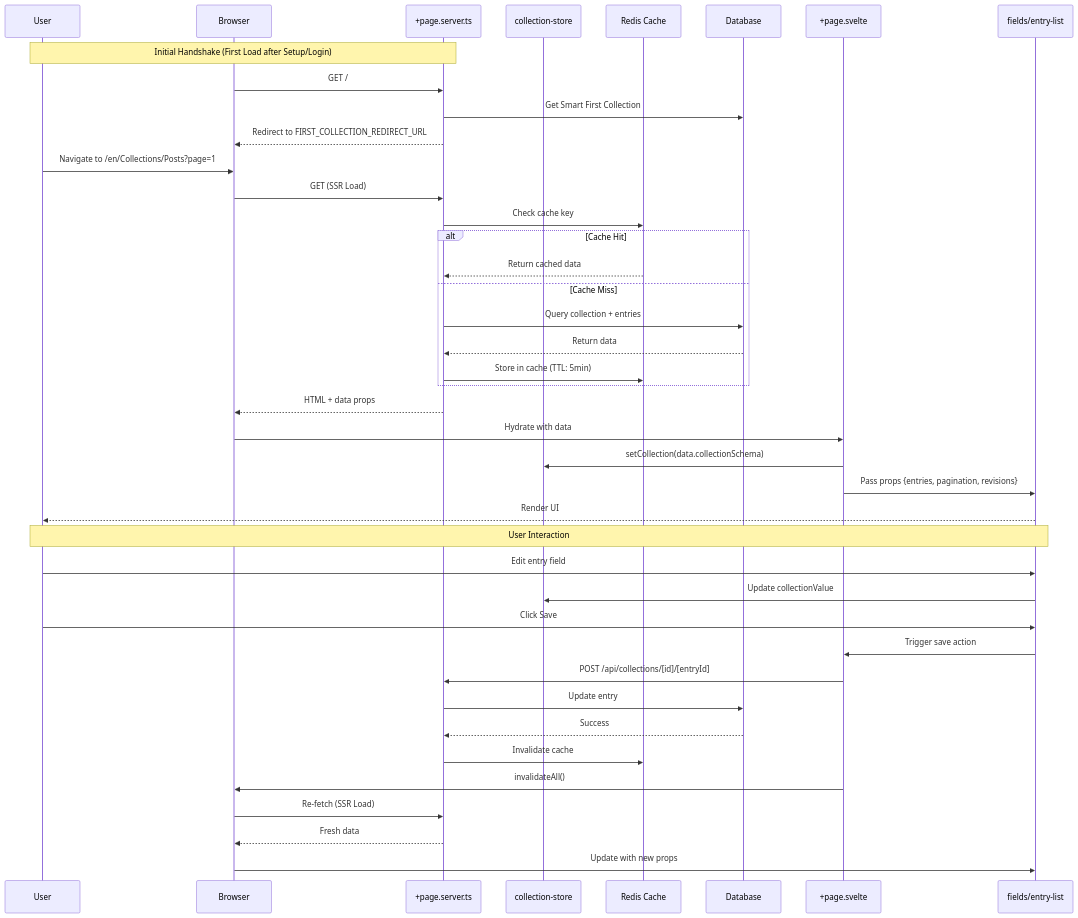
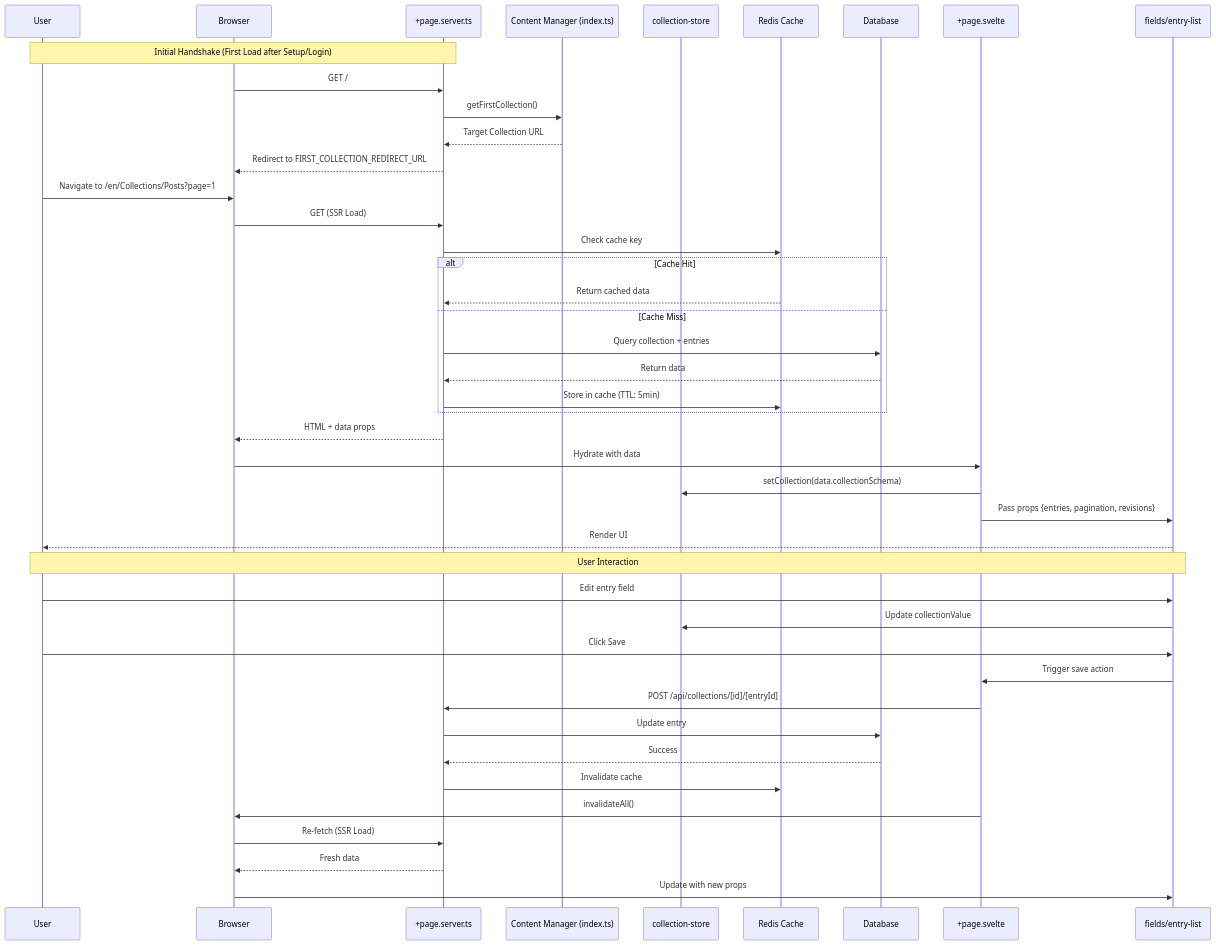
One commit to TamoorArif/SveltyCMS changed the diagram in docs/architecture/collection-store-dataflow.mdx. Above: the diagram before and after it, drawn with Mermaid. The commit also changed other lines of this file and 118 other files, not shown here.

Commit message:
refactor: consolidate content management logic by replacing legacy modules with unified store and service layers and updating setup wizard architecture.

````diff
--- a/docs/architecture/collection-store-dataflow.mdx
+++ b/docs/architecture/collection-store-dataflow.mdx
@@ -56,50 +53,52 @@
 ```mermaid
 sequenceDiagram
     participant User
     participant Browser
     participant PageServer as +page.server.ts
+    participant CS as Content Manager (index.ts)
     participant Store as collection-store
     participant Cache as Redis Cache
     participant DB as Database
     participant PageSvelte as +page.svelte
     participant Component as fields/entry-list
 
     Note over User,PageServer: Initial Handshake (First Load after Setup/Login)
     Browser->>PageServer: GET /
-    PageServer->>DB: Get Smart First Collection
+    PageServer->>CS: getFirstCollection()
+    CS-->>PageServer: Target Collection URL
     PageServer-->>Browser: Redirect to FIRST_COLLECTION_REDIRECT_URL
 
     User->>Browser: Navigate to /en/Collections/Posts?page=1
     Browser->>PageServer: GET (SSR Load)
     PageServer->>Cache: Check cache key
 
     alt Cache Hit
         Cache-->>PageServer: Return cached data
     else Cache Miss
         PageServer->>DB: Query collection + entries
         DB-->>PageServer: Return data
         PageServer->>Cache: Store in cache (TTL: 5min)
     end
 
     PageServer-->>Browser: HTML + data props
     Browser->>PageSvelte: Hydrate with data
     PageSvelte->>Store: setCollection(data.collectionSchema)
     PageSvelte->>Component: Pass props {entries, pagination, revisions}
     Component-->>User: Render UI
 
     Note over User,Component: User Interaction
 
     User->>Component: Edit entry field
     Component->>Store: Update collectionValue
 
     User->>Component: Click Save
     Component->>PageSvelte: Trigger save action
     PageSvelte->>PageServer: POST /api/collections/[id]/[entryId]
     PageServer->>DB: Update entry
     DB-->>PageServer: Success
     PageServer->>Cache: Invalidate cache
     PageSvelte->>Browser: invalidateAll()
     Browser->>PageServer: Re-fetch (SSR Load)
     PageServer-->>Browser: Fresh data
     Browser->>Component: Update with new props
 ```
````
